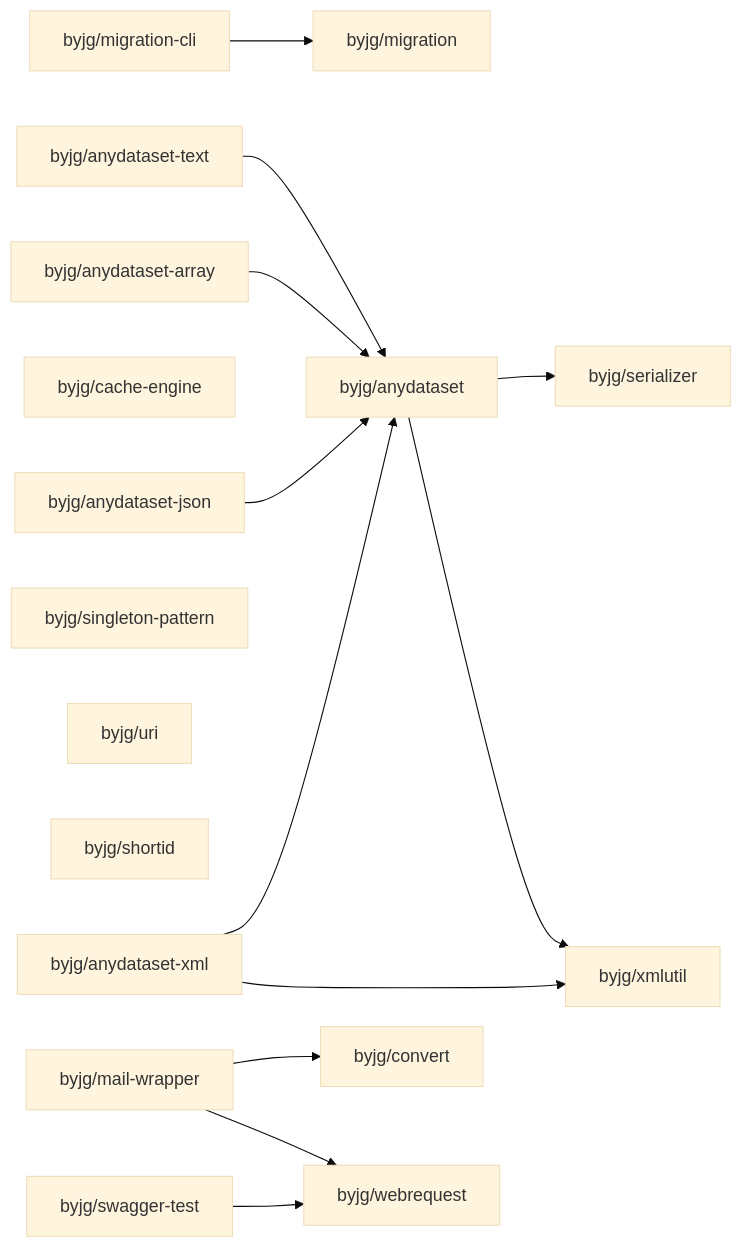
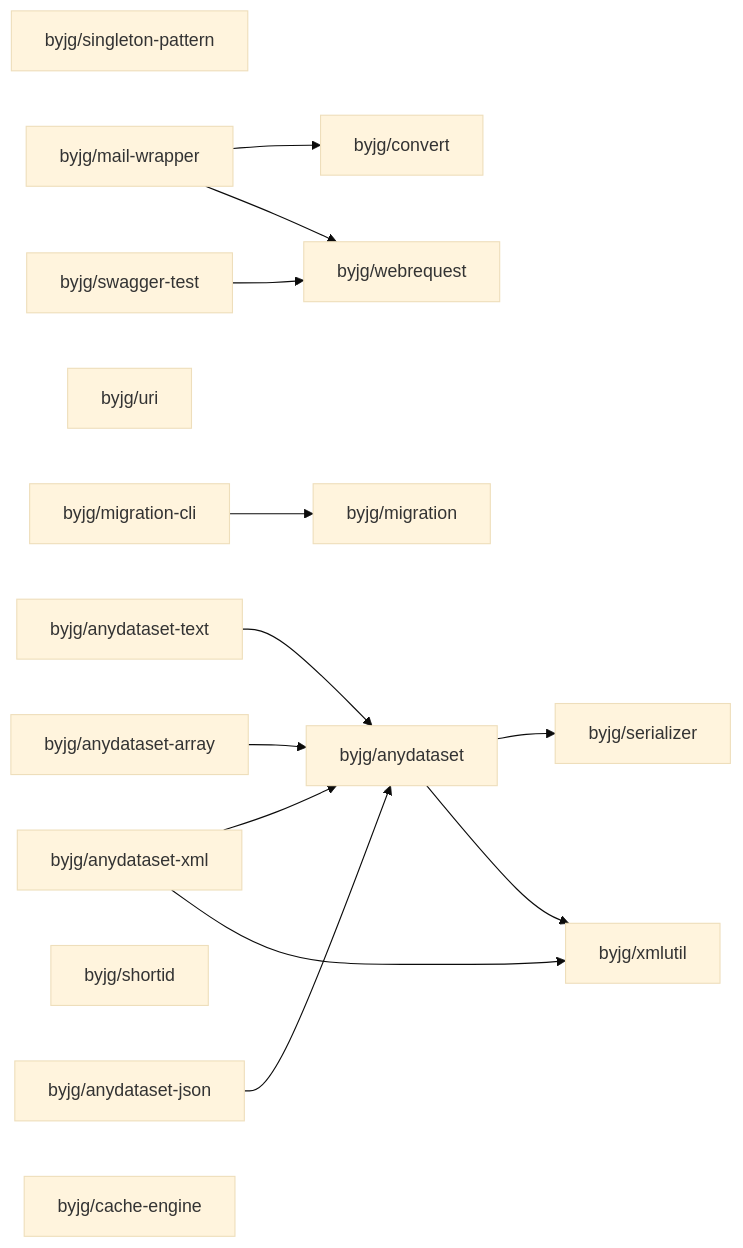
One commit to byjg/byjg.github.io changed the diagram in php/README.md. Above: the diagram before and after it, drawn with Mermaid (base theme). The commit also changed other lines of this file and 2 other files, not shown here.

Commit message:
Update documentation 'php' 'php-convert'

````diff
--- a/php/README.md
+++ b/php/README.md
@@ -3,31 +3,31 @@
 ```mermaid
 graph LR;
-  byjg/migration-cli;
+  byjg/singleton-pattern;
   byjg/anydataset-text;
-  byjg/swagger-test;
-  byjg/cache-engine;
-  byjg/anydataset-array;
-  byjg/singleton-pattern;
+  byjg/anydataset-json;
   byjg/uri;
-  byjg/shortid;
-  byjg/anydataset-json;
   byjg/anydataset-xml;
   byjg/mail-wrapper;
+  byjg/swagger-test;
+  byjg/migration-cli;
+  byjg/shortid;
+  byjg/anydataset-array;
+  byjg/cache-engine;
+  byjg/convert;
+  byjg/webrequest;
   byjg/migration;
   byjg/anydataset;
-  byjg/convert;
-  byjg/webrequest;
   byjg/serializer;
   byjg/xmlutil;
   byjg/anydataset-text --> byjg/anydataset;
   byjg/anydataset-xml --> byjg/anydataset;
   byjg/anydataset-xml --> byjg/xmlutil;
   byjg/anydataset-array --> byjg/anydataset;
   byjg/mail-wrapper --> byjg/convert;
   byjg/mail-wrapper --> byjg/webrequest;
   byjg/anydataset-json --> byjg/anydataset;
   byjg/swagger-test --> byjg/webrequest;
   byjg/migration-cli --> byjg/migration;
   byjg/anydataset --> byjg/serializer;
   byjg/anydataset --> byjg/xmlutil;
 ```
````
